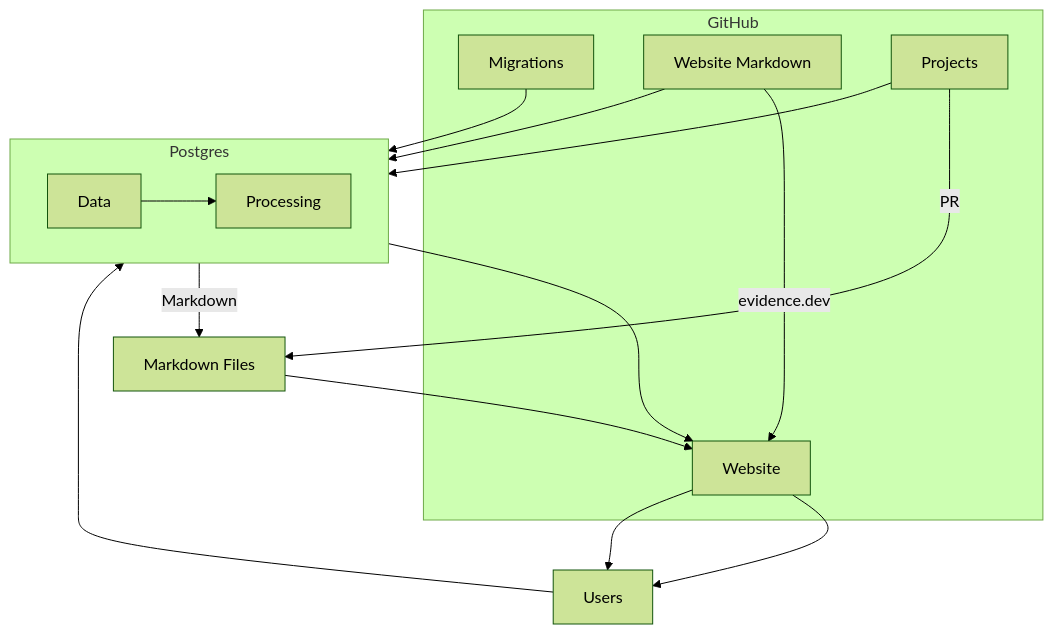
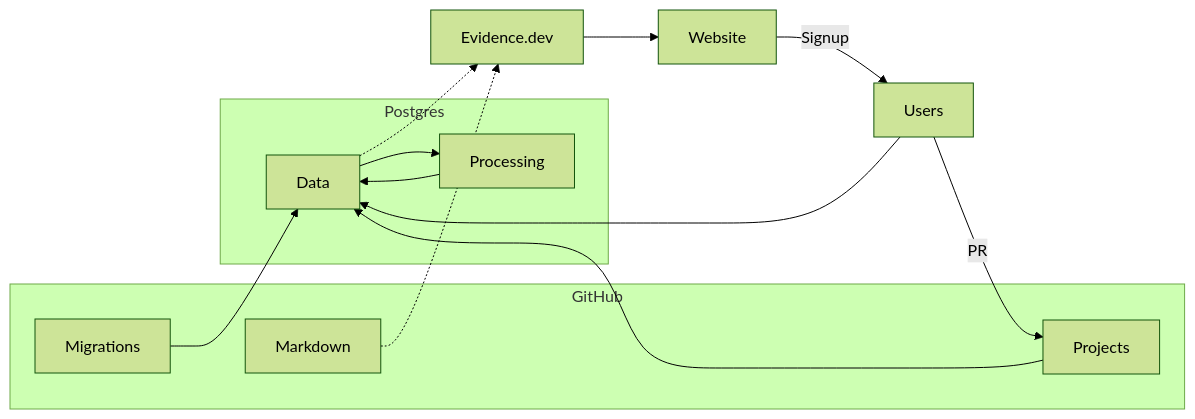
Before and after one commit to FossNG/oss-leaderboard: the diagram in README.md, drawn with Mermaid (forest theme).

Commit message:
finalize v1 flow

````diff
--- a/README.md
+++ b/README.md
@@ -27,23 +27,23 @@
 ```mermaid
-graph TD;
+graph LR;  
     subgraph Postgres
         A[Data] --> B[Processing]
+        B --> A 
     end;
 
     subgraph GitHub
         G1[Migrations]
-        G2[Website Markdown] -->|evidence.dev| E[Website]
+        G2[Markdown]
         G3[Projects]
     end;
 
-    Postgres -->|Markdown| D[Markdown Files];
-    D --> E;
-    E --> F[Users];
-    F --> Postgres;
-    Postgres --> E;
-    G3 --> Postgres;
-    G1 --> Postgres;
-    G2 --> Postgres;
-    G3 -->|PR| D;
-    E --> F;
+    A -.-> D[Evidence.dev]
+    G2 -.-> D
+    D --> E[Website];
+
+    F[Users] --> A;
+    E -->|Signup| F;
+    F --> |PR| G3;
+    G1 --> A;
+    G3 --> A;
 ```
````
